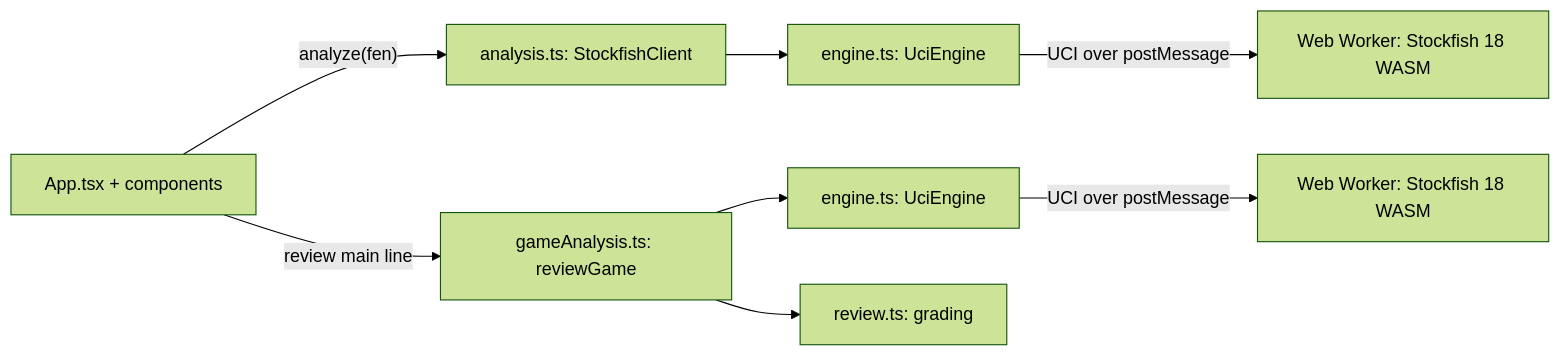
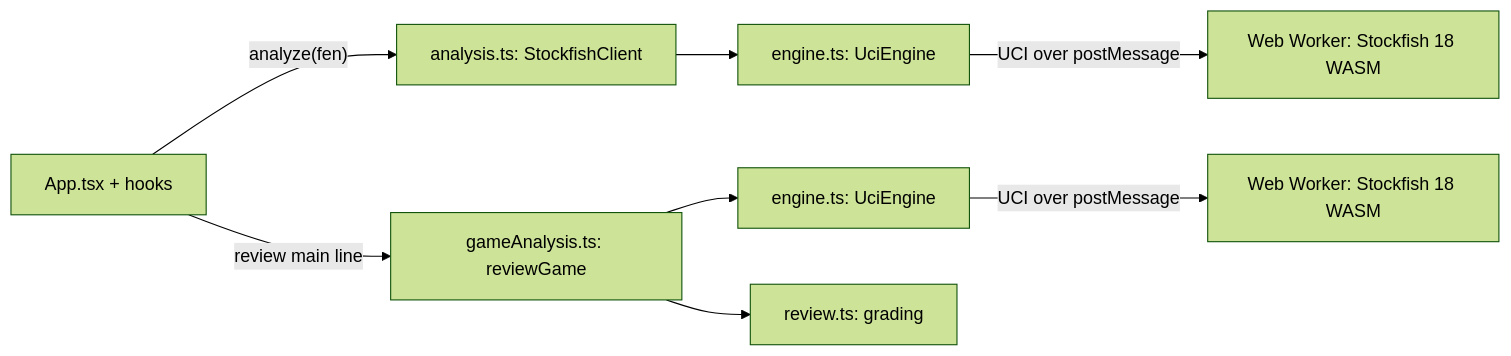
Before and after one commit to jadrianlg16/chess-analyzer: the diagram in README.md, drawn with Mermaid (forest theme). The commit also changed other lines of this file, not shown here.

````diff
--- a/README.md
+++ b/README.md
@@ -55,10 +58,10 @@
 ```mermaid
 flowchart LR
-  UI["App.tsx + components"] -->|"analyze(fen)"| Live["analysis.ts: StockfishClient"]
+  UI["App.tsx + hooks"] -->|"analyze(fen)"| Live["analysis.ts: StockfishClient"]
   UI -->|"review main line"| Review["gameAnalysis.ts: reviewGame"]
   Live --> E1["engine.ts: UciEngine"]
   Review --> E2["engine.ts: UciEngine"]
   Review --> Grade["review.ts: grading"]
   E1 -->|"UCI over postMessage"| W1["Web Worker: Stockfish 18 WASM"]
   E2 -->|"UCI over postMessage"| W2["Web Worker: Stockfish 18 WASM"]
 ```
````
